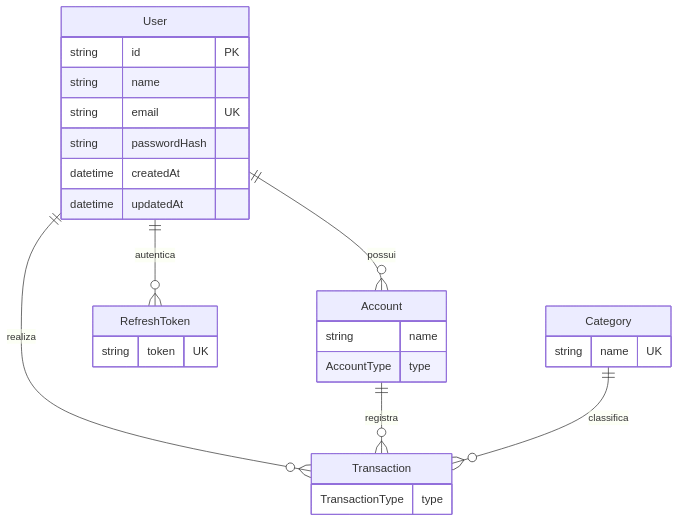
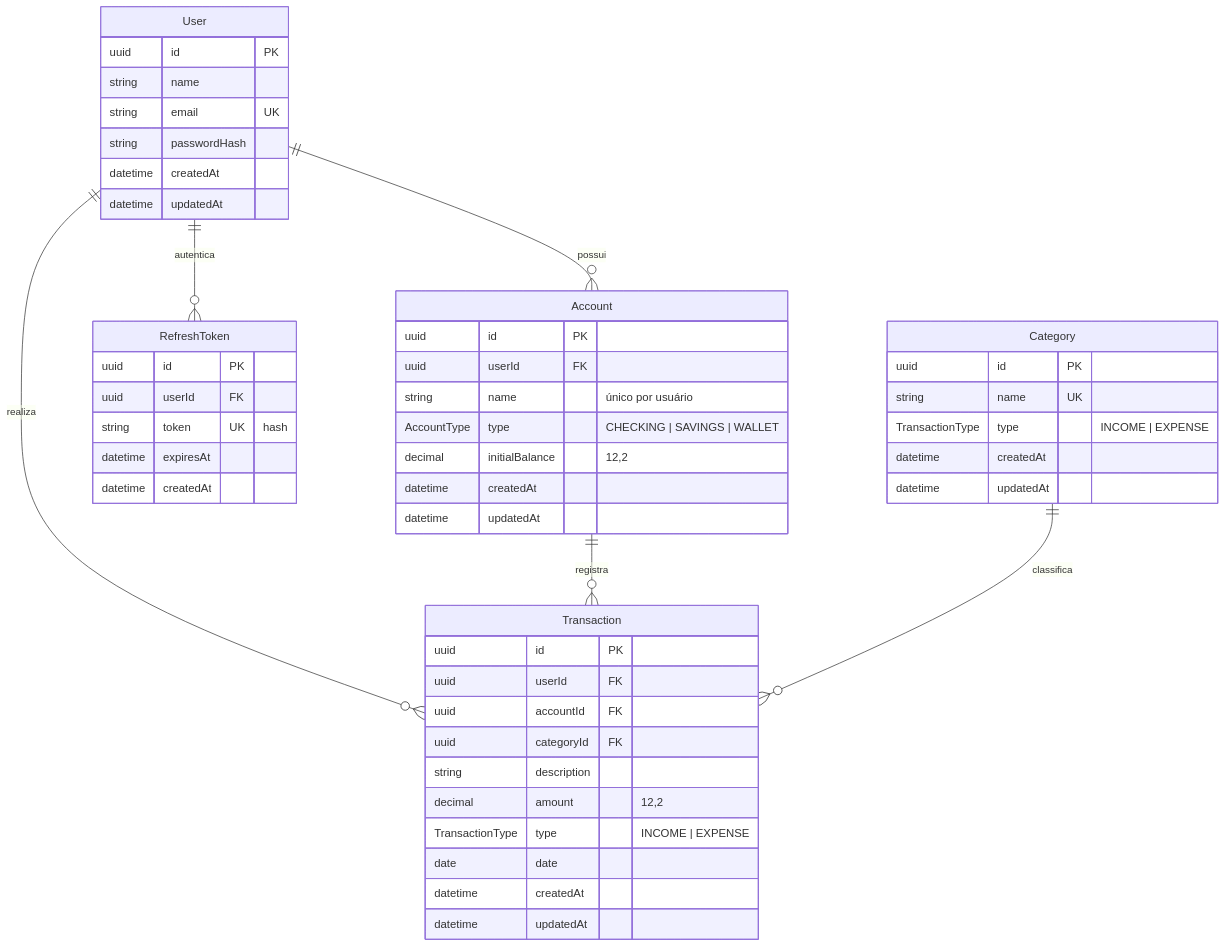
Before and after one commit to Jhonatan1973/financial-api: the diagram in README.md, drawn with Mermaid.

Commit message:
Refactor entities to use UUIDs and add fields
Updated data types for various entities to use UUIDs and added new fields.

````diff
--- a/README.md
+++ b/README.md
@@ -76,30 +76,52 @@
 ```mermaid
 erDiagram
     User ||--o{ Account : possui
     User ||--o{ Transaction : realiza
     User ||--o{ RefreshToken : autentica
     Account ||--o{ Transaction : registra
     Category ||--o{ Transaction : classifica
 
     User {
-        string id PK
+        uuid id PK
         string name
         string email UK
         string passwordHash
         datetime createdAt
         datetime updatedAt
     }
     Account {
-        string name
-        AccountType type
+        uuid id PK
+        uuid userId FK
+        string name "único por usuário"
+        AccountType type "CHECKING | SAVINGS | WALLET"
+        decimal initialBalance "12,2"
+        datetime createdAt
+        datetime updatedAt
     }
     Category {
+        uuid id PK
         string name UK
+        TransactionType type "INCOME | EXPENSE"
+        datetime createdAt
+        datetime updatedAt
     }
     Transaction {
-        TransactionType type
+        uuid id PK
+        uuid userId FK
+        uuid accountId FK
+        uuid categoryId FK
+        string description
+        decimal amount "12,2"
+        TransactionType type "INCOME | EXPENSE"
+        date date
+        datetime createdAt
+        datetime updatedAt
     }
     RefreshToken {
-        string token UK
+        uuid id PK
+        uuid userId FK
+        string token UK "hash"
+        datetime expiresAt
+        datetime createdAt
     }
 ```
````
